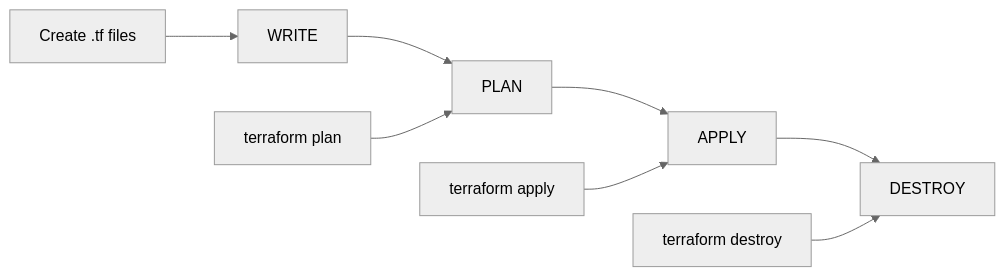
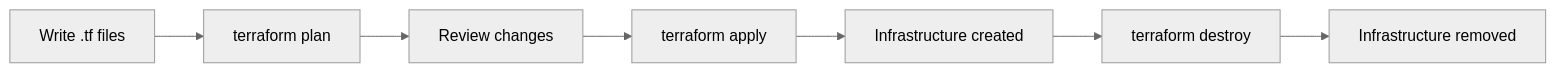
One commit to manikcloud/cloud-devops-learning-path changed the second of 3 diagrams in Section-2-DevOps/Session-8_terraform_and_infra_automation/README.md. Above: the diagram before and after it, drawn with Mermaid (neutral theme). The commit also changed other lines of this file and 7 other files, not shown here.

````diff
--- a/Section-2-DevOps/Session-8_terraform_and_infra_automation/README.md
+++ b/Section-2-DevOps/Session-8_terraform_and_infra_automation/README.md
@@ -63,11 +91,10 @@
 ```mermaid
 graph LR
-    A[WRITE] --> B[PLAN]
-    B --> C[APPLY]
-    C --> D[DESTROY]
+    A[Write .tf files] --> B[terraform plan]
+    B --> C[Review changes]
+    C --> D[terraform apply]
+    D --> E[Infrastructure created]
     
-    A1[Create .tf files] --> A
-    B1[terraform plan] --> B
-    C1[terraform apply] --> C
-    D1[terraform destroy] --> D
+    F[terraform destroy] --> G[Infrastructure removed]
+    E --> F
 ```
````
